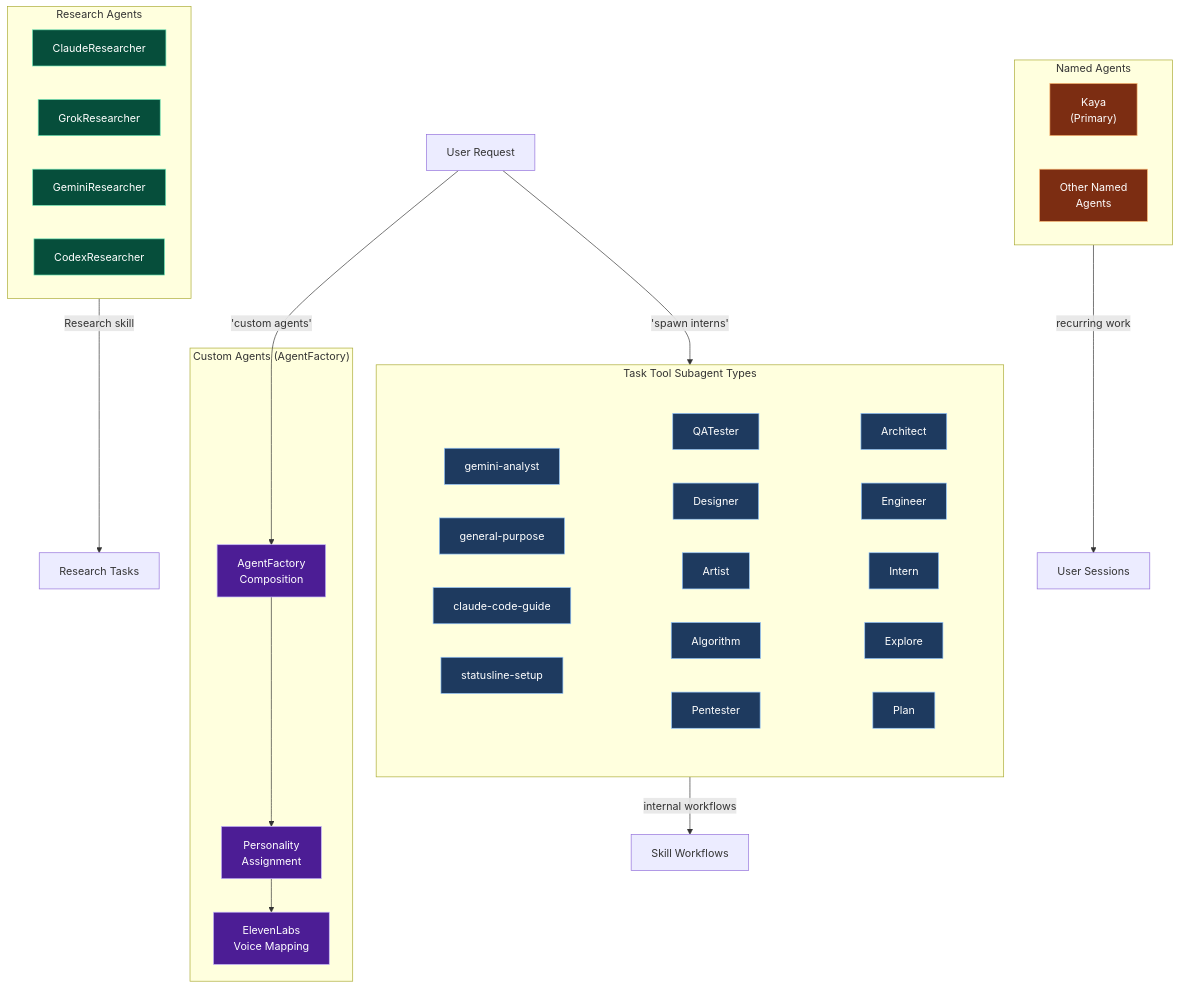
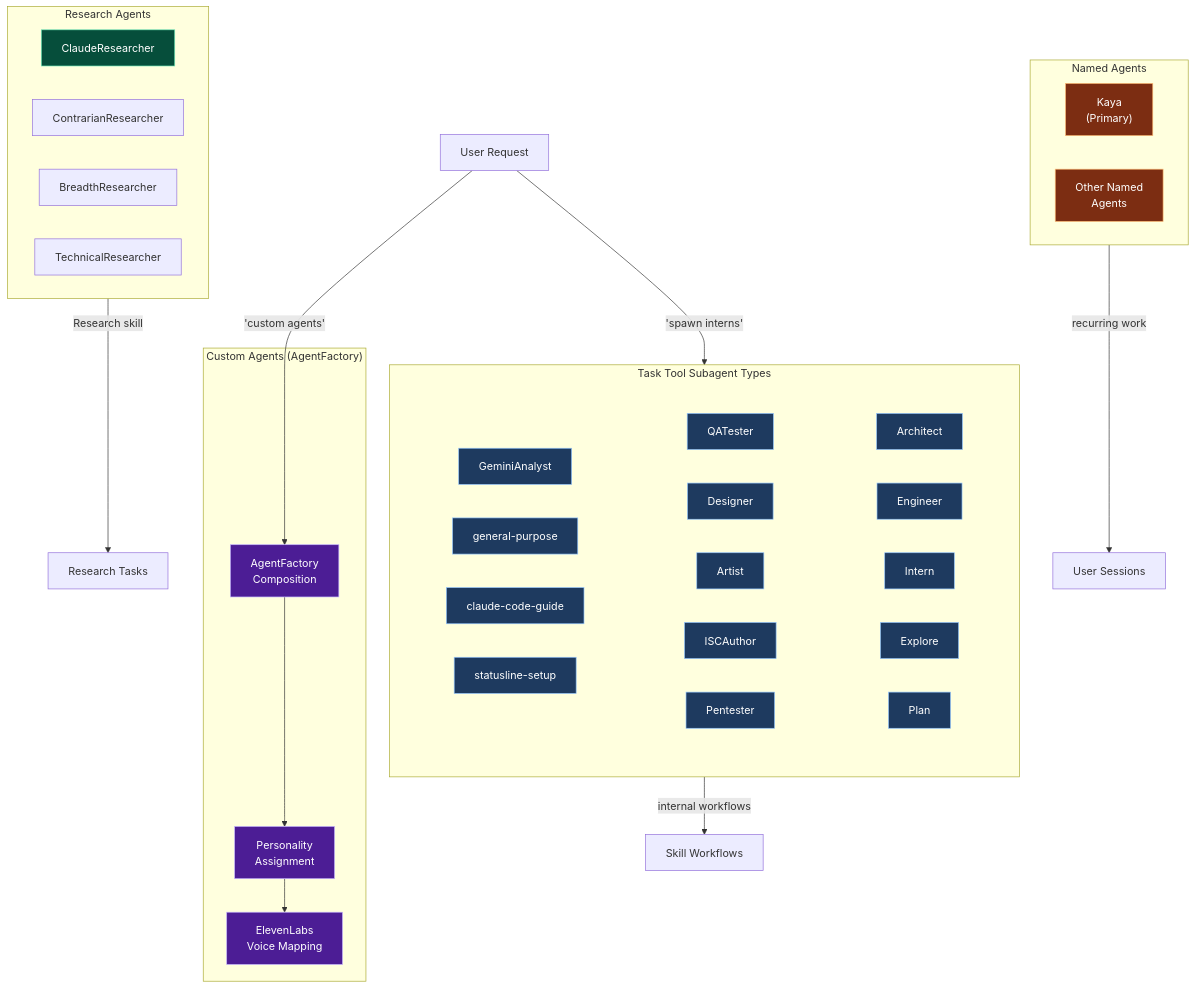
One commit to jstilb/ai-assistant changed the diagram in skills/Content/SystemFlowchart/Output/markdown/agent-architecture.md. Above: the diagram before and after it, drawn with Mermaid. The commit also changed 9 other files, not shown here.

Commit message:
feat(SystemFlowchart): sync 10 files

````diff
--- a/skills/Content/SystemFlowchart/Output/markdown/agent-architecture.md
+++ b/skills/Content/SystemFlowchart/Output/markdown/agent-architecture.md
@@ -7,69 +7,69 @@
 ```mermaid
 flowchart TB
     subgraph TaskAgents["Task Tool Subagent Types"]
         direction TB
         subgraph Row1[" "]
             direction LR
             Architect["Architect"]
             Engineer["Engineer"]
             Intern["Intern"]
             Explore["Explore"]
             Plan["Plan"]
         end
         subgraph Row2[" "]
             direction LR
             QATester["QATester"]
             DesignerAgent["Designer"]
             Artist["Artist"]
-            Algorithm["Algorithm"]
+            ISCAuthor["ISCAuthor"]
             Pentester["Pentester"]
         end
         subgraph Row3[" "]
             direction LR
-            GeminiAnalyst["gemini-analyst"]
+            GeminiAnalyst["GeminiAnalyst"]
             GeneralPurpose["general-purpose"]
             ClaudeGuide["claude-code-guide"]
             StatusLine["statusline-setup"]
         end
     end
 
     subgraph ResearchAgents["Research Agents"]
         direction LR
         ClaudeRes["ClaudeResearcher"]
-        GrokRes["GrokResearcher"]
-        GeminiRes["GeminiResearcher"]
-        CodexRes["CodexResearcher"]
+        ContrarianRes["ContrarianResearcher"]
+        BreadthRes["BreadthResearcher"]
+        TechnicalRes["TechnicalResearcher"]
     end
 
     subgraph CustomAgents["Custom Agents (AgentFactory)"]
         Factory["AgentFactory<br/>Composition"]
         Personality["Personality<br/>Assignment"]
         Voice["ElevenLabs<br/>Voice Mapping"]
     end
 
     subgraph NamedAgents["Named Agents"]
         Kaya["Kaya<br/>(Primary)"]
         Others["Other Named<br/>Agents"]
     end
 
     %% Relationships
     TaskAgents -->|"internal workflows"| Workflows["Skill Workflows"]
     ResearchAgents -->|"Research skill"| Research["Research Tasks"]
     Factory --> Personality --> Voice
     NamedAgents -->|"recurring work"| Sessions["User Sessions"]
 
     User["User Request"] -->|"'custom agents'"| Factory
     User -->|"'spawn interns'"| Intern
 
     classDef task fill:#1e3a5f,stroke:#93c5fd,color:#fff
     classDef research fill:#064e3b,stroke:#6ee7b7,color:#fff
     classDef custom fill:#4c1d95,stroke:#c4b5fd,color:#fff
     classDef named fill:#7c2d12,stroke:#fdba74,color:#fff
     classDef invisible fill:none,stroke:none
 
-    class Architect,Engineer,Intern,Explore,Plan,QATester,DesignerAgent,Artist,Algorithm,Pentester,GeminiAnalyst,GeneralPurpose,ClaudeGuide,StatusLine task
+    class Architect,Engineer,Intern,Explore,Plan,QATester,DesignerAgent,Artist,ISCAuthor,Pentester,GeminiAnalyst,GeneralPurpose,ClaudeGuide,StatusLine task
     class ClaudeRes,GrokRes,GeminiRes,CodexRes research
     class Factory,Personality,Voice custom
     class Kaya,Others named
     class Row1,Row2,Row3 invisible
 ```
````
